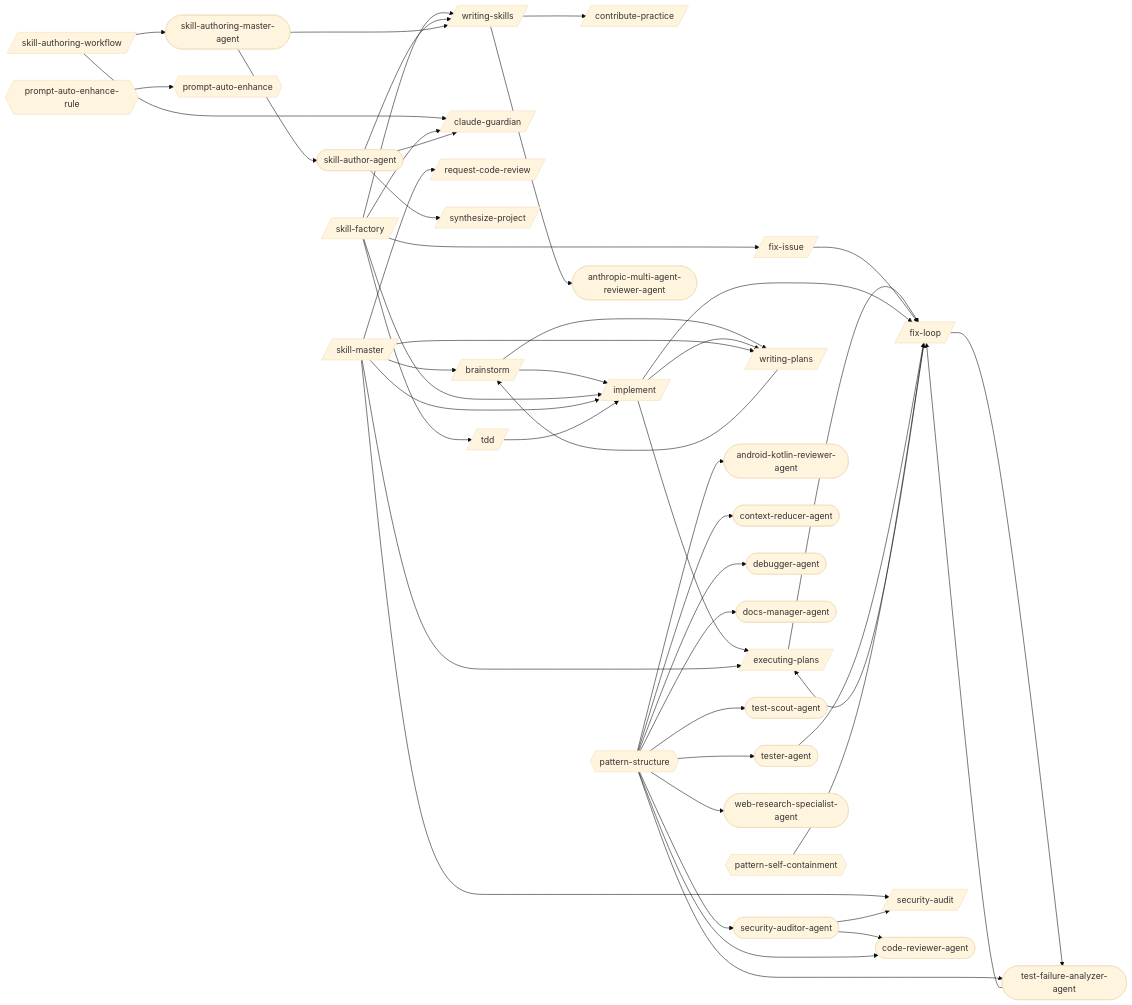
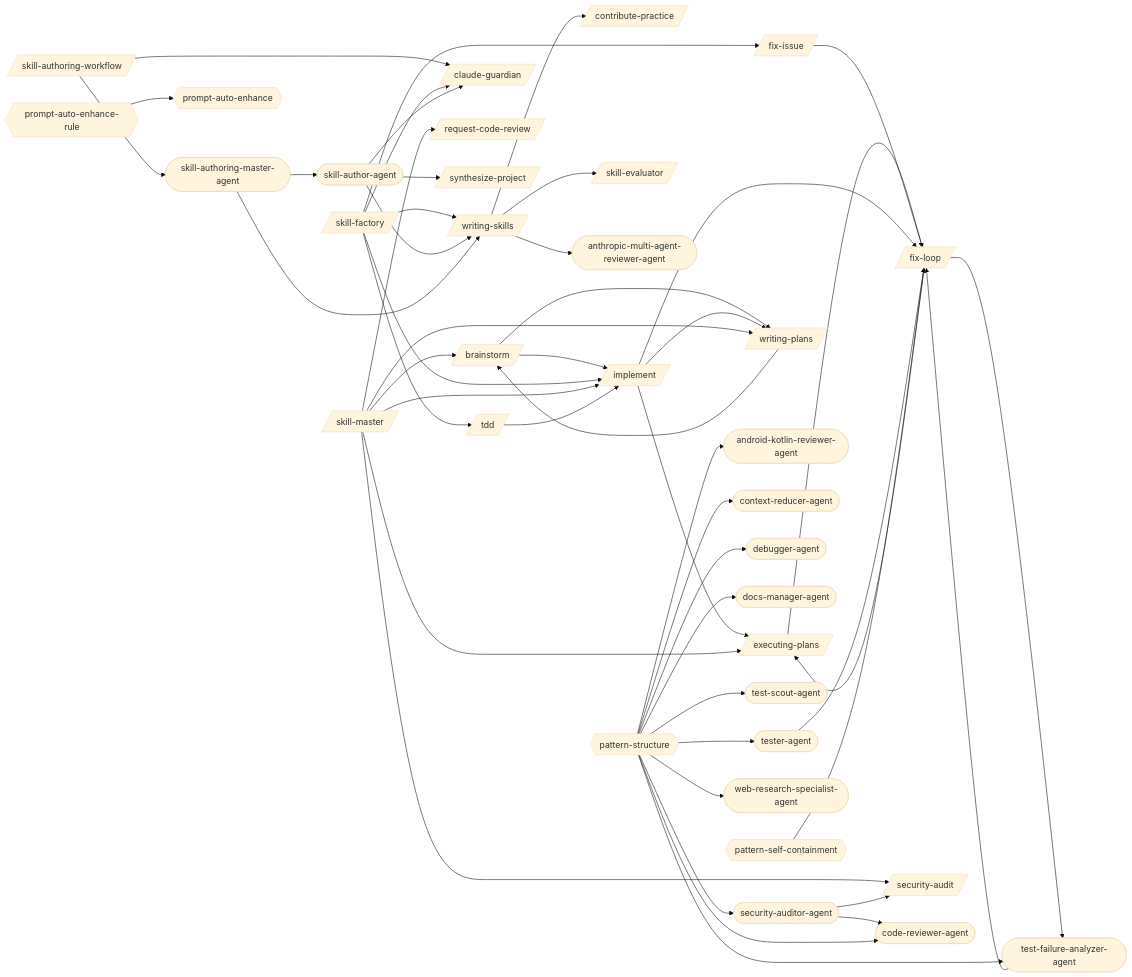
The first of 22 diagrams in docs/workflows/skill-authoring.md (abhayla/claude-best-practices), drawn with Mermaid (base theme) before and after one commit. The commit also changed other lines of this file and 13 other files, not shown here.

```diff
--- a/docs/workflows/skill-authoring.md
+++ b/docs/workflows/skill-authoring.md
@@ -18,6 +18,7 @@
     request_code_review[/request-code-review/]
     security_audit[/security-audit/]
     skill_authoring_workflow[/skill-authoring-workflow/]
+    skill_evaluator[/skill-evaluator/]
     skill_factory[/skill-factory/]
     skill_master[/skill-master/]
     synthesize_project[/synthesize-project/]
@@ -66,6 +67,7 @@
     tdd --> implement
     writing_plans --> brainstorm
     writing_skills --> contribute_practice
+    writing_skills --> skill_evaluator
     writing_skills --> anthropic_multi_agent_reviewer_agent
     security_auditor_agent --> security_audit
     security_auditor_agent --> code_reviewer_agent
```
